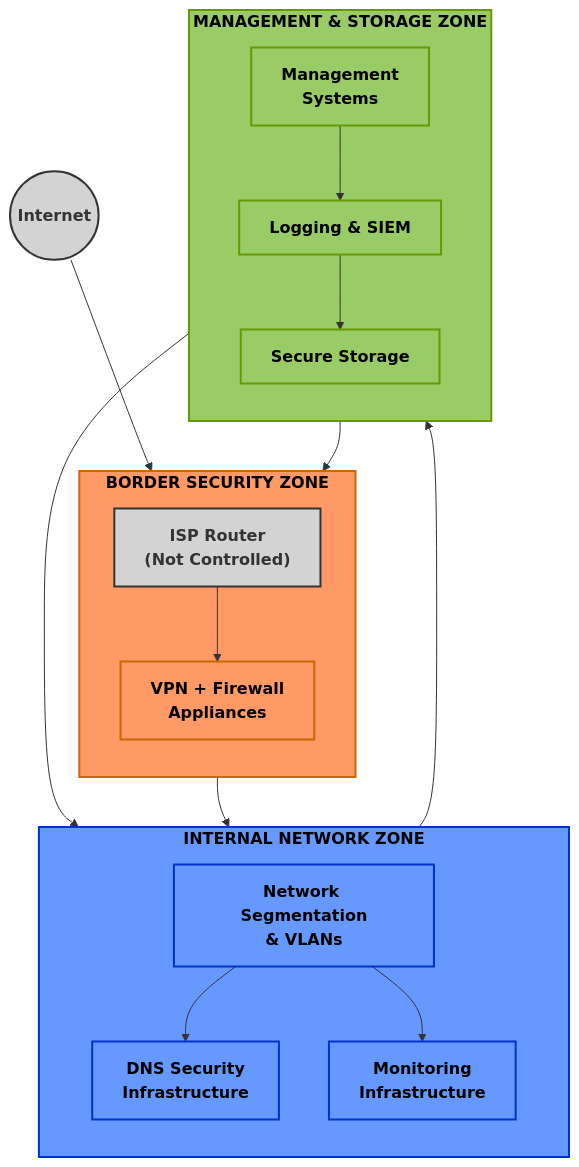
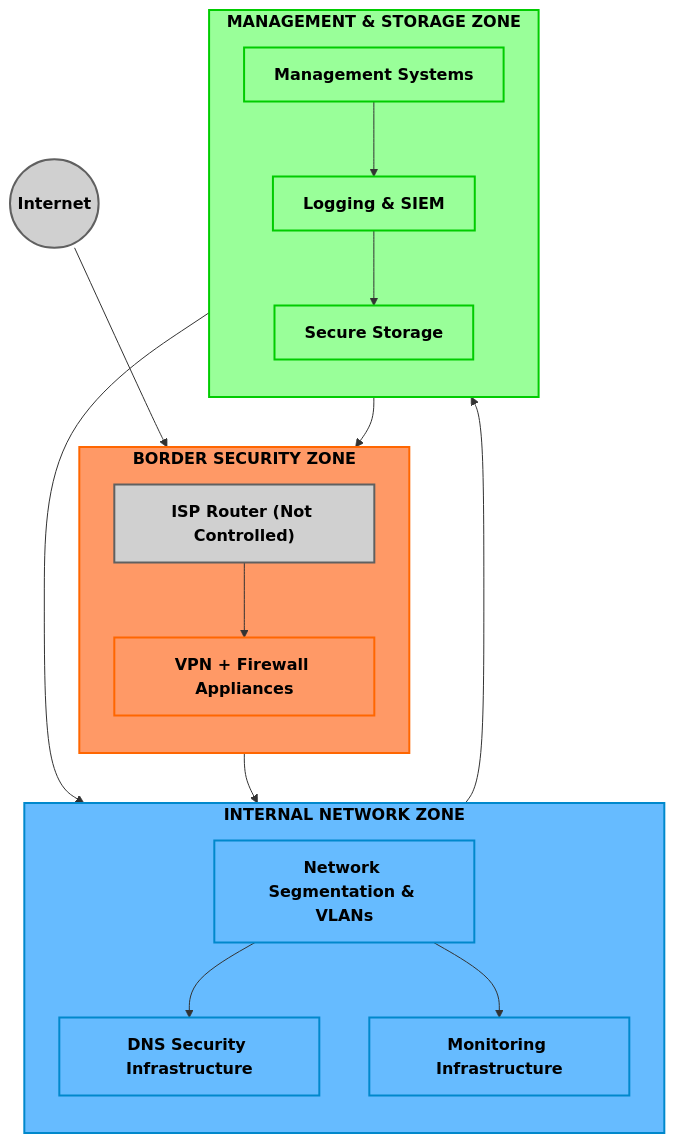
One commit to nshkrdotcom/diagram_experiments changed the first of 4 diagrams in home_network/1.md. Above: the diagram before and after it, drawn with Mermaid. The commit also changed other lines of this file, not shown here.

````diff
--- a/home_network/1.md
+++ b/home_network/1.md
@@ -1,46 +9,46 @@
 ```mermaid
 flowchart TD
     %% External Components
-    Internet((Internet)) --> ISPRouter["ISP Router\n(Not Controlled)"]
+    Internet((Internet)) --> ISPRouter["ISP Router (Not Controlled)"]
     
     %% Main Areas
     subgraph BorderZone["BORDER SECURITY ZONE"]
         direction TB
-        ISPRouter --> BorderSecurity["VPN + Firewall\nAppliances"]
+        ISPRouter --> BorderSecurity["VPN + Firewall Appliances"]
     end
     
     subgraph InternalZone["INTERNAL NETWORK ZONE"]
         direction TB
-        NetworkSegmentation["Network Segmentation\n& VLANs"]
-        DNSSecurity["DNS Security\nInfrastructure"]
-        Monitoring["Monitoring\nInfrastructure"]
+        NetworkSegmentation["Network Segmentation & VLANs"]
+        DNSSecurity["DNS Security Infrastructure"]
+        Monitoring["Monitoring Infrastructure"]
     end
     
-    subgraph ManagementZone["MANAGEMENT & STORAGE ZONE"]
+    subgraph ManagementZone["MANAGEMENT&nbsp;&&nbsp;STORAGE&nbsp;ZONE"]
         direction TB
         LoggingSIEM["Logging & SIEM"]
         SecureStorage["Secure Storage"]
-        ManagementSystems["Management\nSystems"]
+        ManagementSystems["Management Systems"]
     end
     
     %% Connections between zones
     BorderSecurity --> NetworkSegmentation
     NetworkSegmentation --> DNSSecurity
     NetworkSegmentation --> Monitoring
     NetworkSegmentation --> LoggingSIEM
     LoggingSIEM --> SecureStorage
     ManagementSystems --> BorderSecurity
     ManagementSystems --> NetworkSegmentation
     ManagementSystems --> LoggingSIEM
     
-    %% Styling
-    classDef external fill:#D3D3D3,stroke:#333,stroke-width:2px,font-weight:bold;
-    classDef border fill:#FF9966,stroke:#CC6600,stroke-width:2px,color:#000,font-weight:bold;
-    classDef internal fill:#6699FF,stroke:#0033CC,stroke-width:2px,color:#000,font-weight:bold;
-    classDef management fill:#99CC66,stroke:#669900,stroke-width:2px,color:#000,font-weight:bold;
+    %% Styling for dark theme
+    classDef external fill:#d0d0d0,stroke:#606060,stroke-width:2px,color:#000000,font-weight:bold;
+    classDef border fill:#ff9966,stroke:#ff6600,stroke-width:2px,color:#000000,font-weight:bold;
+    classDef internal fill:#66bbff,stroke:#0088cc,stroke-width:2px,color:#000000,font-weight:bold;
+    classDef management fill:#99ff99,stroke:#00cc00,stroke-width:2px,color:#000000,font-weight:bold;
     
     class Internet,ISPRouter external;
     class BorderZone,BorderSecurity border;
     class InternalZone,NetworkSegmentation,DNSSecurity,Monitoring internal;
     class ManagementZone,LoggingSIEM,SecureStorage,ManagementSystems management;
 ```
````
